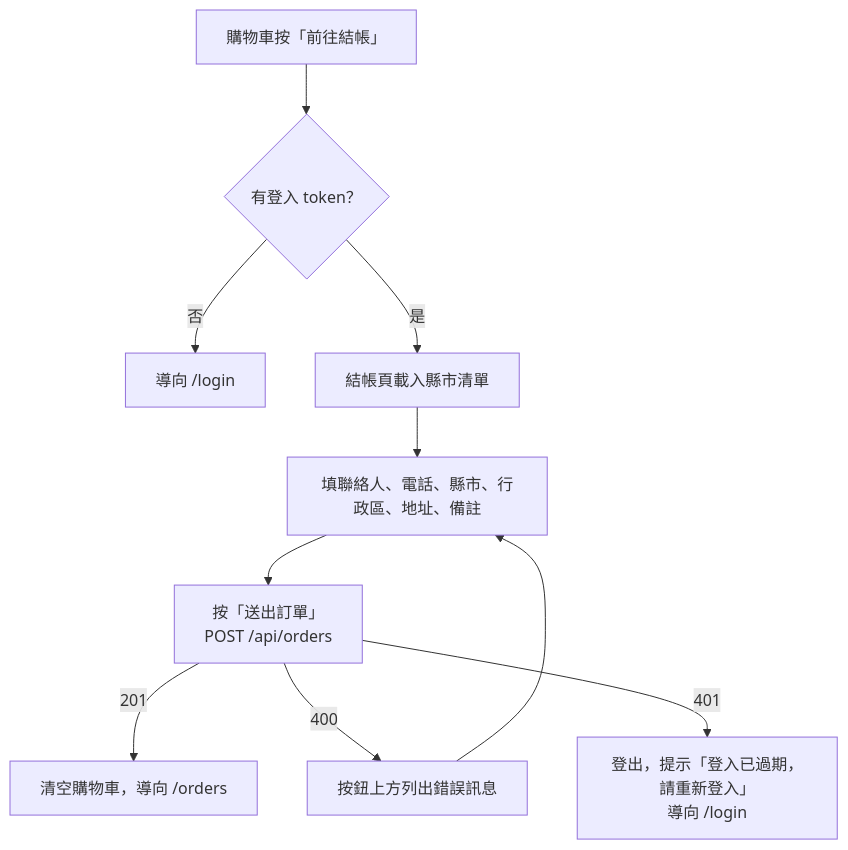
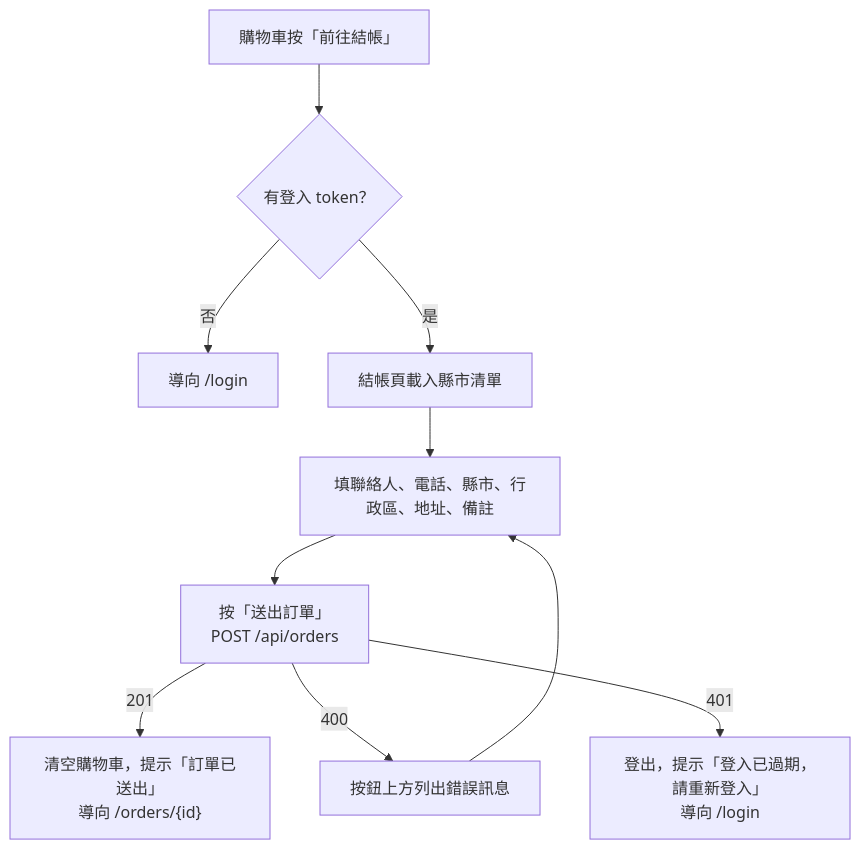
One commit to Jen-Chieh-Yu/konbini changed the diagram in docs/modules/Orders.md. Above: the diagram before and after it, drawn with Mermaid. The commit also changed other lines of this file and 21 other files, not shown here.

````diff
--- a/docs/modules/Orders.md
+++ b/docs/modules/Orders.md
@@ -21,12 +22,12 @@
 ```mermaid
 flowchart TD
   A["購物車按「前往結帳」"] --> B{"有登入 token？"}
   B -- 否 --> L["導向 /login"]
   B -- 是 --> C["結帳頁載入縣市清單"]
   C --> F["填聯絡人、電話、縣市、行政區、地址、備註"]
   F --> S["按「送出訂單」<br>POST /api/orders"]
-  S -- 201 --> OK["清空購物車，導向 /orders"]
+  S -- 201 --> OK["清空購物車，提示「訂單已送出」<br>導向 /orders/{id}"]
   S -- 400 --> E["按鈕上方列出錯誤訊息"]
   E --> F
   S -- 401 --> X["登出，提示「登入已過期，請重新登入」<br>導向 /login"]
 ```
````
